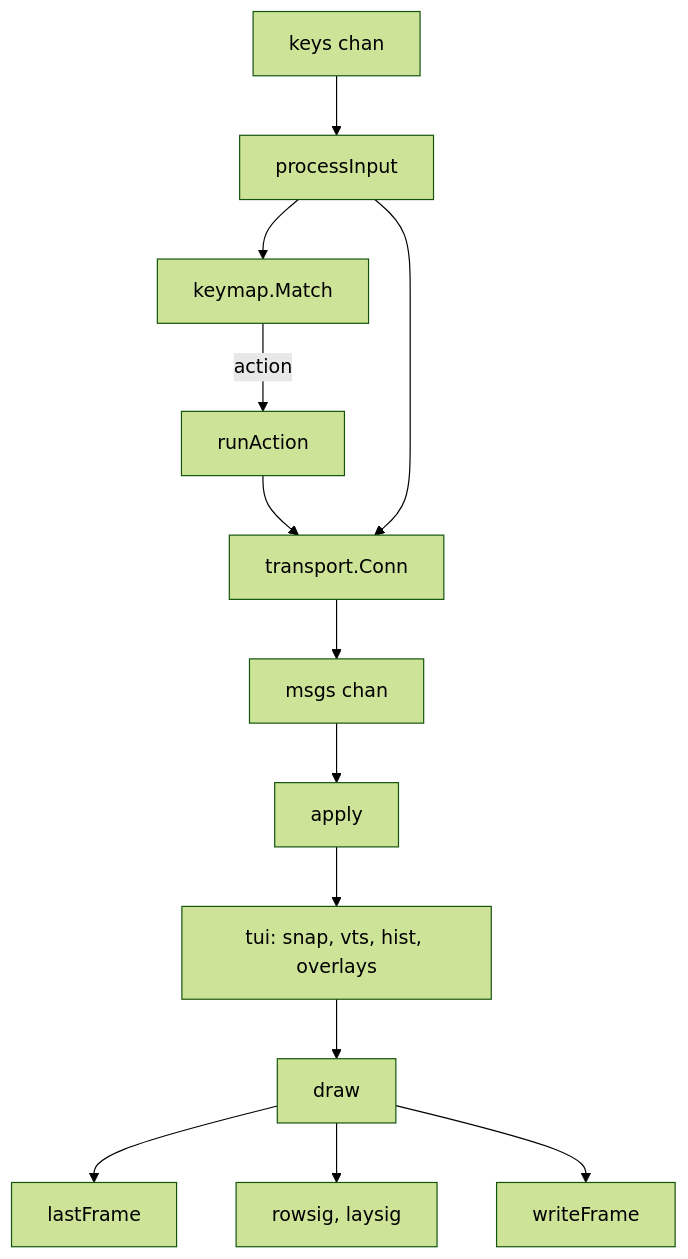
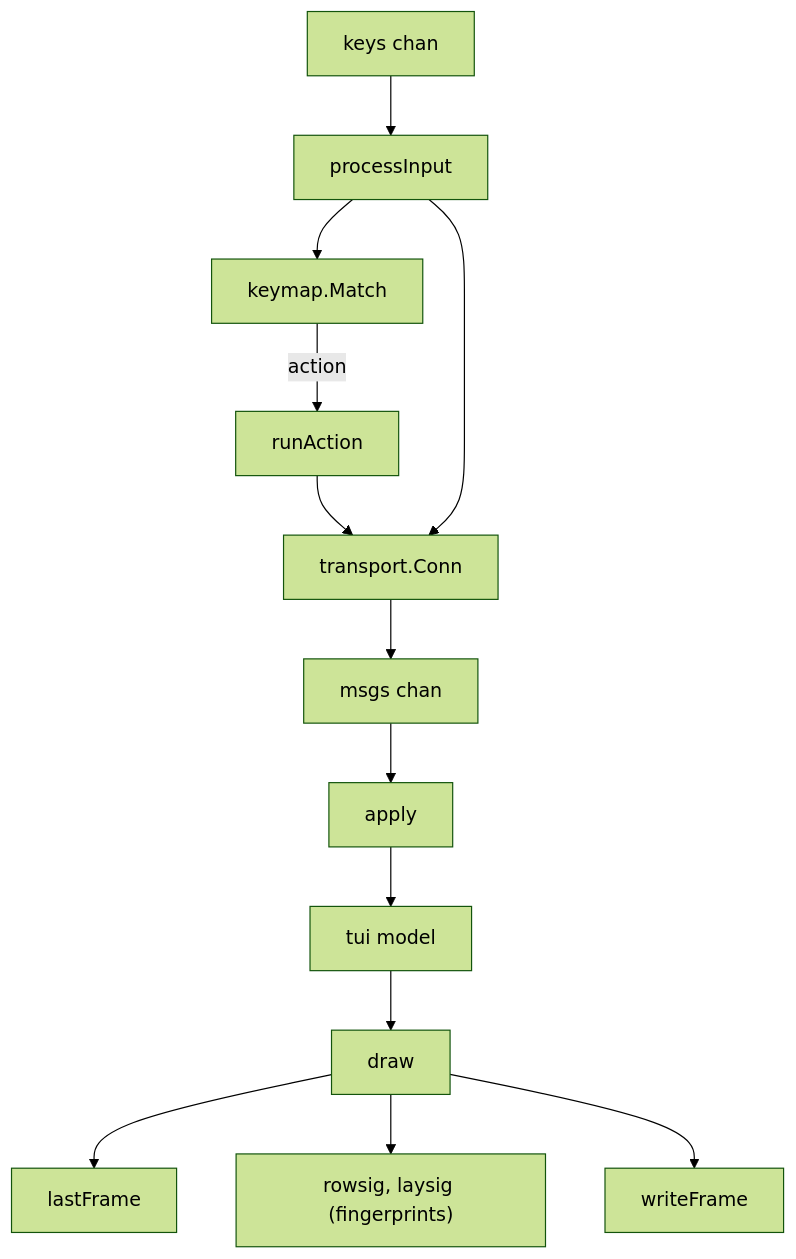
One commit to ladydascalie/dm changed the second of 2 diagrams in docs/internals/06-client.md. Above: the diagram before and after it, drawn with Mermaid (forest theme). The commit also changed other lines of this file and 13 other files, not shown here.

````diff
--- a/docs/internals/06-client.md
+++ b/docs/internals/06-client.md
@@ -47,14 +55,14 @@
 ```mermaid
 flowchart TD
     keys["keys chan"] --> pi["processInput"]
     pi --> km["keymap.Match"]
     km -->|"action"| ra["runAction"]
     ra --> conn["transport.Conn"]
     pi --> conn
     conn --> msgs["msgs chan"] --> ap["apply"]
-    ap --> t["tui: snap, vts, hist, overlays"]
+    ap --> t["tui model"]
     t --> draw["draw"]
     draw --> band["lastFrame"]
-    draw --> sig["rowsig, laysig"]
+    draw --> sig["rowsig, laysig (fingerprints)"]
     draw --> out["writeFrame"]
 ```
````
